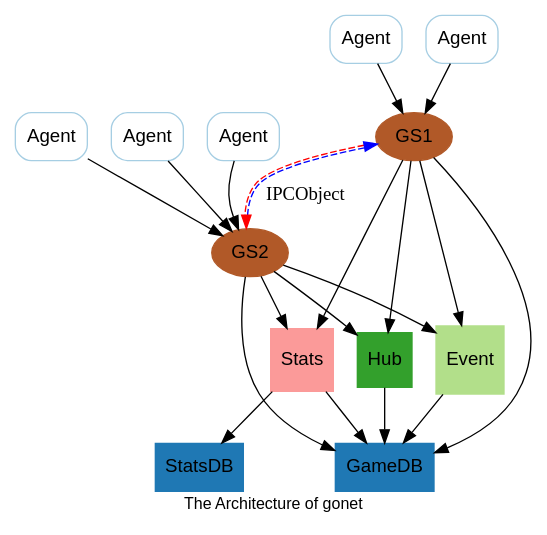
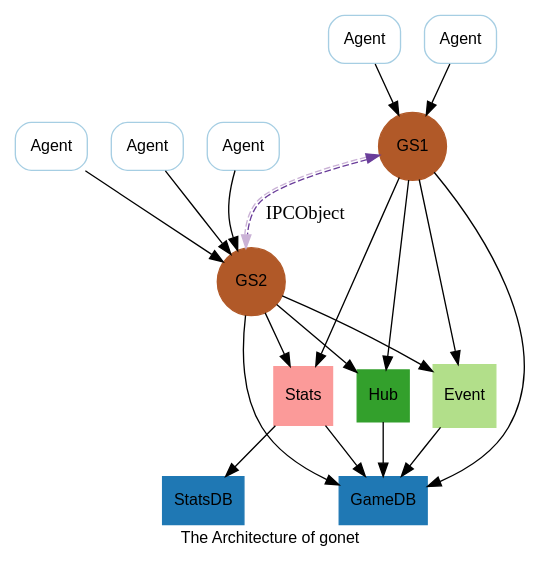
Before and after one commit to xtaci/gonet: the diagram in doc/arch.dot, drawn with Graphviz. The commit also changed 1 other file, not shown here.

```diff
--- a/doc/arch.dot
+++ b/doc/arch.dot
@@ -1,51 +1,52 @@
 digraph G {
 	graph [label="The Architecture of gonet" fontname=arial fontsize=12];
-	node [colorscheme=paired12 fontname=arial];
+	node [colorscheme=paired12 fontname=arial fontsize=12];
+	edge [colorscheme=paired12]
 	subgraph Agents {
 		node [label=Agent style=rounded shape=rect color=1];
 		Agent1;
 		Agent2;
 		Agent3;
 		Agent4;
 		Agent5;
 	}
 
 	subgraph GS {
-		node [style=filled color=12];
+		node [style=filled shape=circle color=12];
 		GS1;
 		GS2;
-		GS1->GS2 [dir=both label=IPCObject style=dashed color="red:blue"];
+		GS1->GS2 [dir=both label=IPCObject style=dashed color="9:10"];
 	}
 
 	subgraph {
 		node [style=filled shape=rect color=2];
 		GameDB;
 		StatsDB;
 	}
 
 	Event [style=filled shape=square color=3];
 	Hub [style=filled shape=square color=4];
 	Stats [style=filled shape=square color=5];
 
 	subgraph {
 		Agent1->GS1;
 		Agent2->GS1;
 		Agent3->GS2;
 		Agent4->GS2;
 		Agent5->GS2;
 	}
 
 	GS1->Hub;
 	GS2->Hub;
 	GS1->Event;
 	GS2->Event; 
 	GS1->Stats;
 	GS2->Stats; 
 	GS1->GameDB;
 	GS2->GameDB;
 
 	Hub->GameDB;
 	Event->GameDB;
 	Stats->GameDB;
 	Stats->StatsDB;
 }
```
